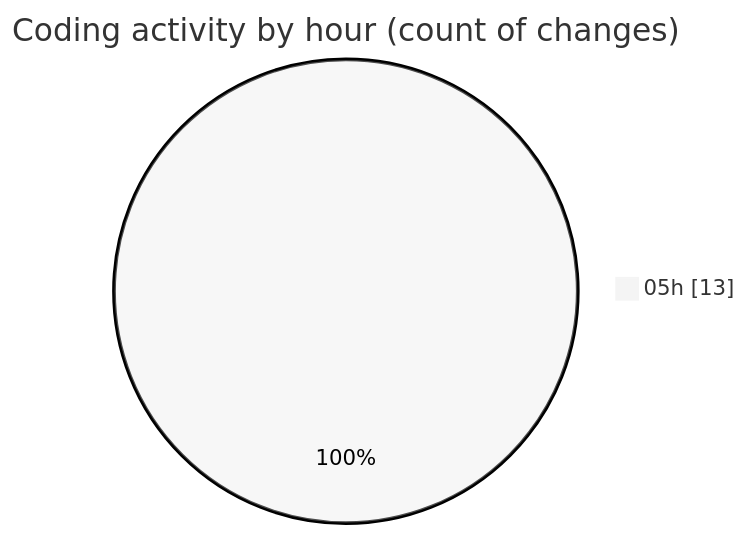
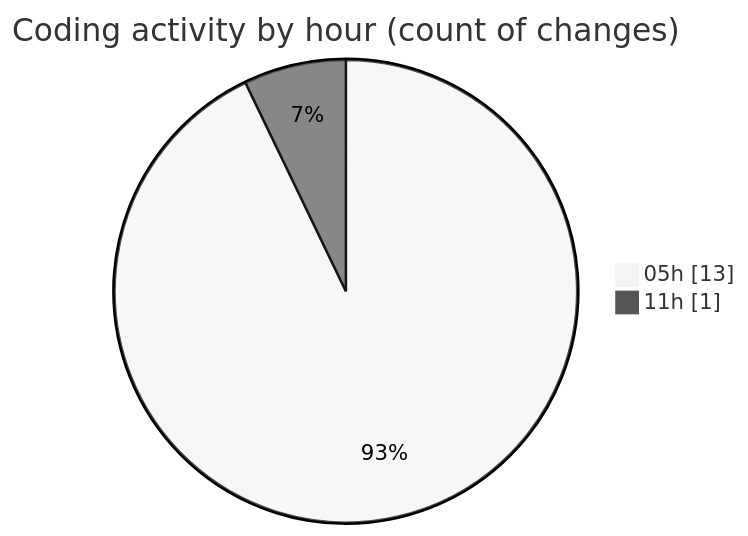
Before and after one commit to lephambinh05/code-tracking: the second of 2 diagrams in 2025-09-10/hiai-phf/README.md, drawn with Mermaid (neutral theme). The commit also changed other lines of this file and 1 other file, not shown here.

````diff
--- a/2025-09-10/hiai-phf/README.md
+++ b/2025-09-10/hiai-phf/README.md
@@ -33,5 +35,6 @@
 ```mermaid
 pie showData
 title Coding activity by hour (count of changes)
 "05h" : 13
+"11h" : 1
 ```
````
